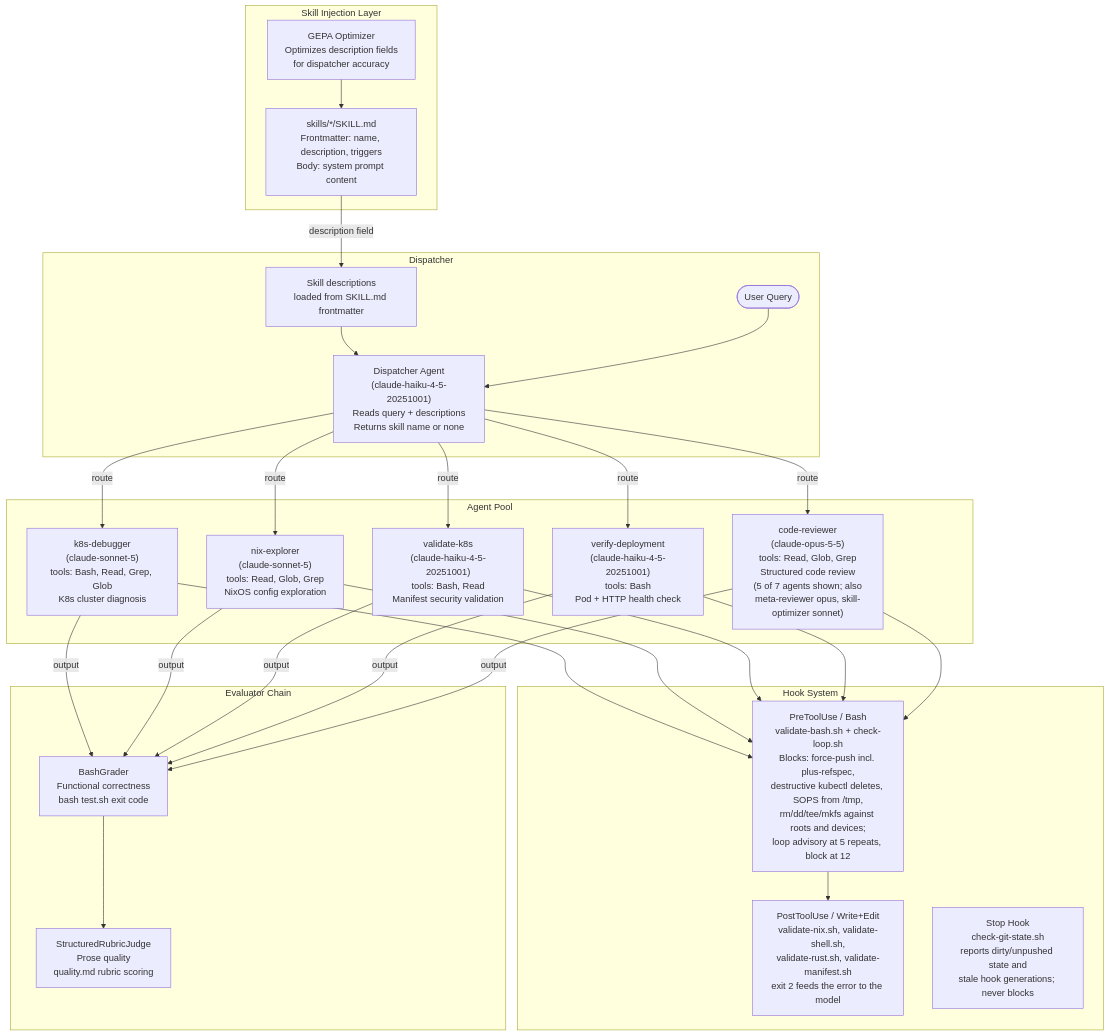
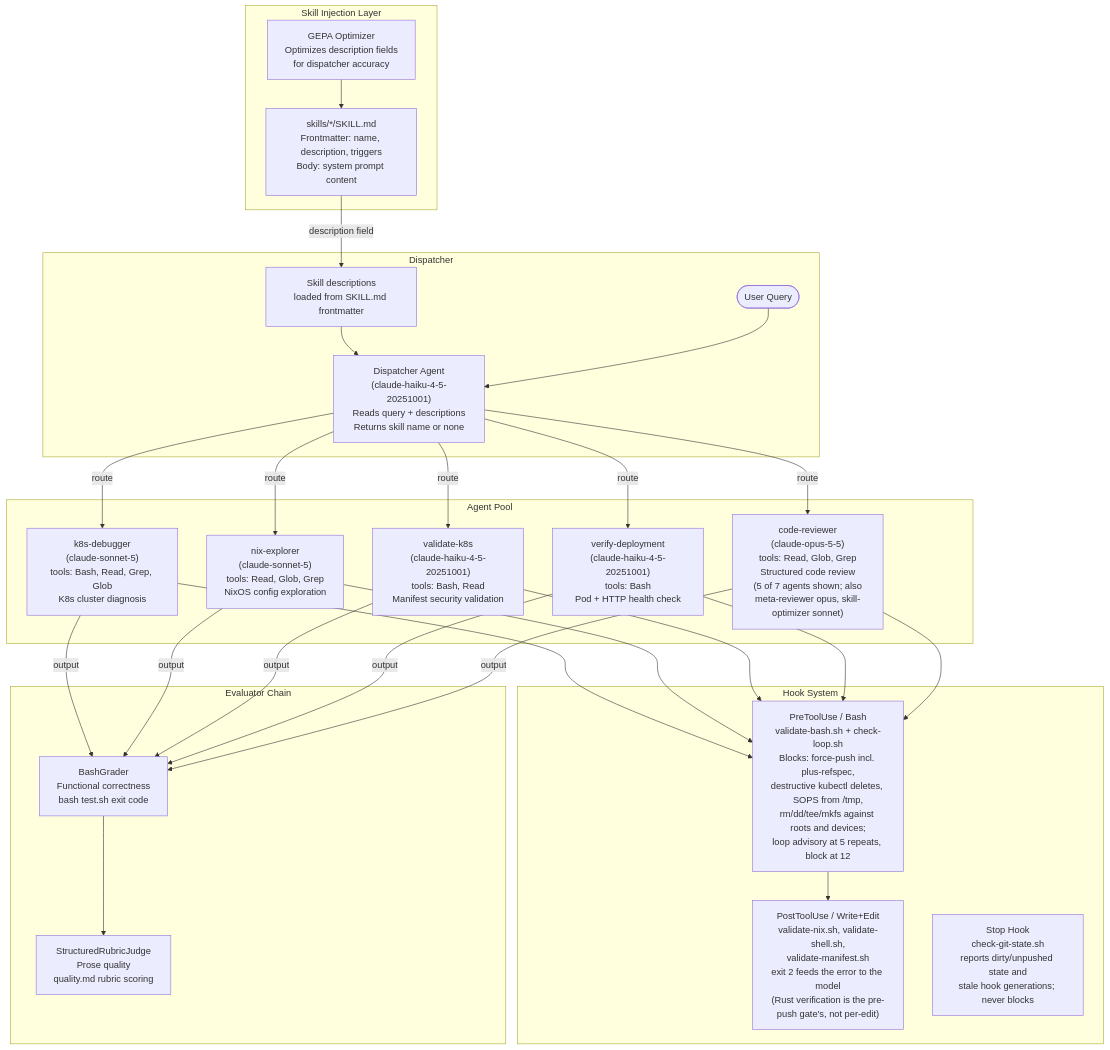
The first of 2 diagrams in docs/agentic-lifecycle.md (sammasak/claude-code-skills), drawn with Mermaid before and after one commit. The commit also changed 5 other files, not shown here.

First line of the commit message:
fix: round-31 gate honesty + consistency; drop per-edit cargo check

````diff
--- a/docs/agentic-lifecycle.md
+++ b/docs/agentic-lifecycle.md
@@ -32,45 +32,45 @@
 ```mermaid
 graph TD
     subgraph "Skill Injection Layer"
         SKILLDOCS["skills/*/SKILL.md\nFrontmatter: name, description, triggers\nBody: system prompt content"]
         GEPA["GEPA Optimizer\nOptimizes description fields\nfor dispatcher accuracy"]
         GEPA --> SKILLDOCS
     end
 
     subgraph "Dispatcher"
         DESC["Skill descriptions\nloaded from SKILL.md frontmatter"]
         DISP["Dispatcher Agent\n(claude-haiku-4-5-20251001)\nReads query + descriptions\nReturns skill name or none"]
         SKILLDOCS -->|"description field"| DESC
         DESC --> DISP
         QUERY([User Query]) --> DISP
     end
 
     subgraph "Agent Pool"
         A1["k8s-debugger\n(claude-sonnet-5)\ntools: Bash, Read, Grep, Glob\nK8s cluster diagnosis"]
         A2["nix-explorer\n(claude-sonnet-5)\ntools: Read, Glob, Grep\nNixOS config exploration"]
         A3["validate-k8s\n(claude-haiku-4-5-20251001)\ntools: Bash, Read\nManifest security validation"]
         A4["verify-deployment\n(claude-haiku-4-5-20251001)\ntools: Bash\nPod + HTTP health check"]
         A5["code-reviewer\n(claude-opus-5-5)\ntools: Read, Glob, Grep\nStructured code review\n(5 of 7 agents shown; also\nmeta-reviewer opus, skill-optimizer sonnet)"]
         DISP -->|"route"| A1
         DISP -->|"route"| A2
         DISP -->|"route"| A3
         DISP -->|"route"| A4
         DISP -->|"route"| A5
     end
 
     subgraph "Hook System"
         H1["PreToolUse / Bash\nvalidate-bash.sh + check-loop.sh\nBlocks: force-push incl. plus-refspec,\ndestructive kubectl deletes, SOPS from /tmp,\nrm/dd/tee/mkfs against roots and devices;\nloop advisory at 5 repeats, block at 12"]
-        H2["PostToolUse / Write+Edit\nvalidate-nix.sh, validate-shell.sh,\nvalidate-rust.sh, validate-manifest.sh\nexit 2 feeds the error to the model"]
+        H2["PostToolUse / Write+Edit\nvalidate-nix.sh, validate-shell.sh,\nvalidate-manifest.sh\nexit 2 feeds the error to the model\n(Rust verification is the pre-push gate's, not per-edit)"]
         H3["Stop Hook\ncheck-git-state.sh\nreports dirty/unpushed state and\nstale hook generations; never blocks"]
     end
 
     subgraph "Evaluator Chain"
         E1["BashGrader\nFunctional correctness\nbash test.sh exit code"]
         E2["StructuredRubricJudge\nProse quality\nquality.md rubric scoring"]
         E1 --> E2
     end
 
     A1 & A2 & A3 & A4 & A5 --> H1
     H1 --> H2
     A1 & A2 & A3 & A4 & A5 -->|"output"| E1
 ```
````
